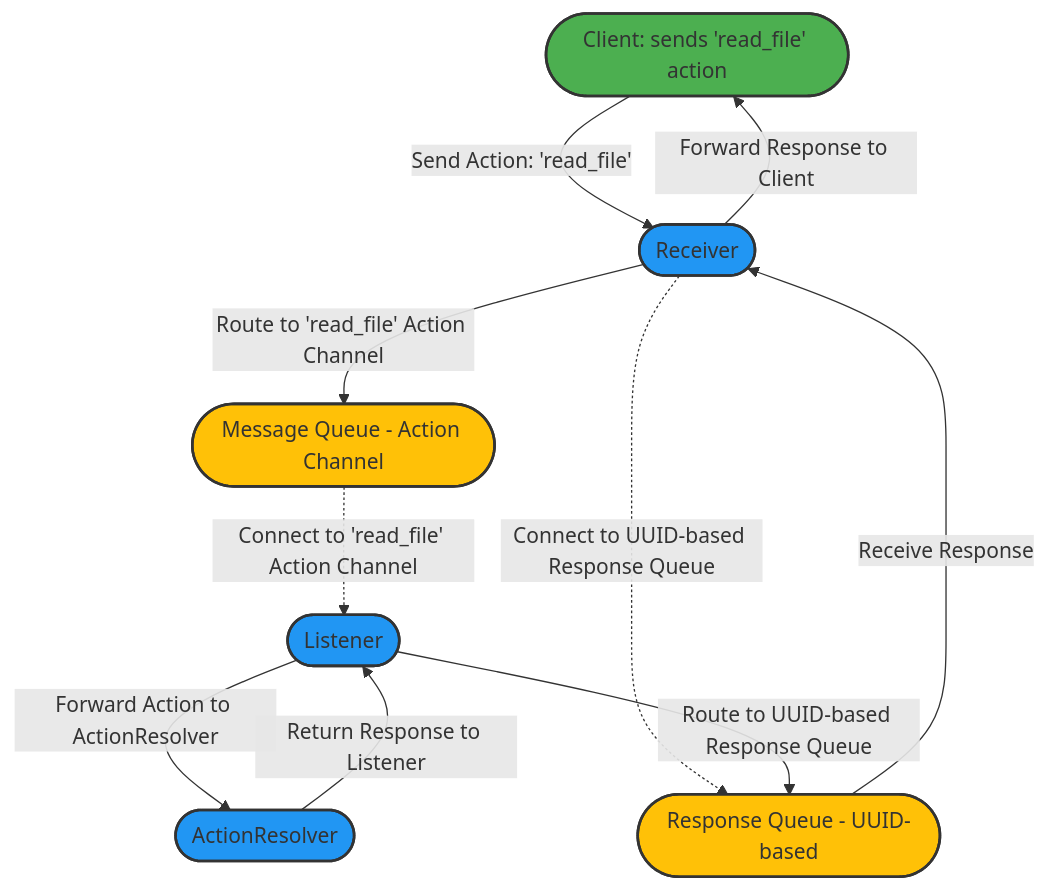
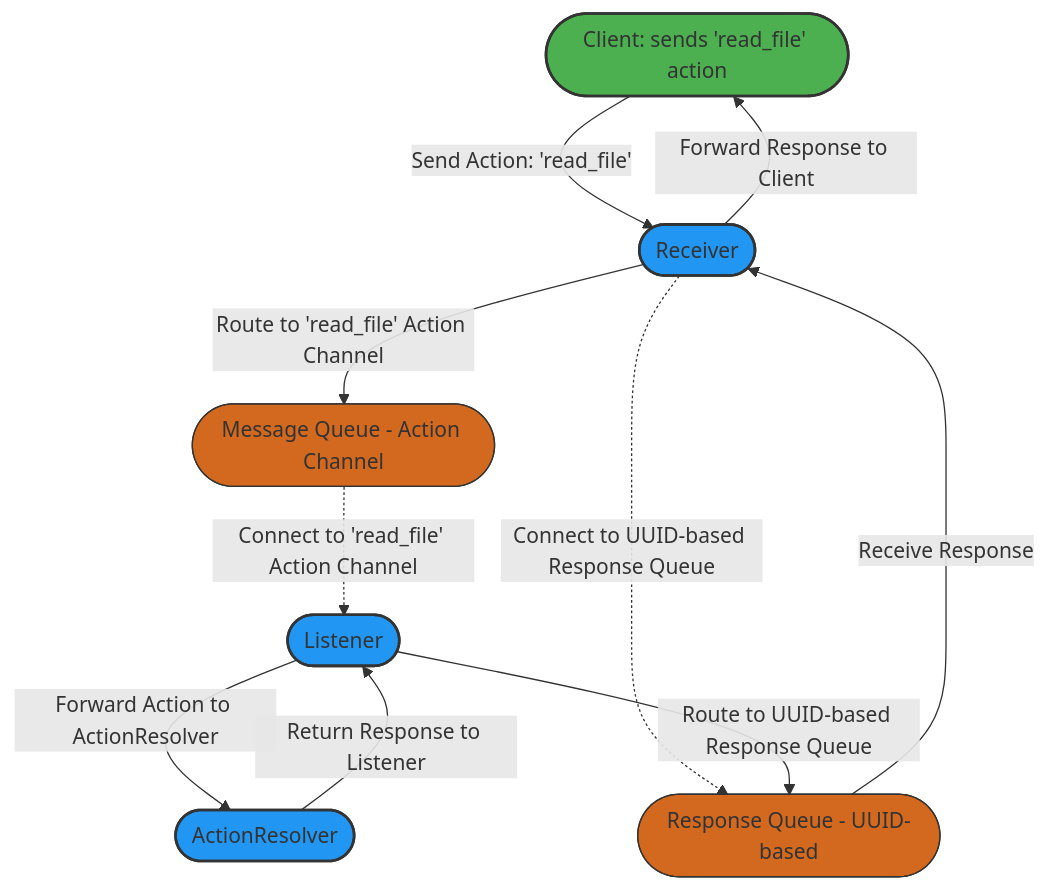
Before and after one commit to wabee-ai/agenet: the diagram in README.md, drawn with Mermaid.

Commit message:
Update queue style to a darker brown-orange for better contrast
Adjusted the queue style definition to use a darker shade of brown-orange, enhancing visual contrast in the flowchart.

````diff
--- a/README.md
+++ b/README.md
@@ -54,39 +54,39 @@
 ```mermaid
 flowchart TB
     %% Define nodes
     Client([Client: sends 'read_file' action]):::client
     Receiver([Receiver]):::component
     Listener([Listener]):::component
     ActionResolver([ActionResolver]):::component
     
     %% Define queues
     MessageQueue([Message Queue - Action Channel]):::queue
     ResponseQueue([Response Queue - UUID-based]):::queue
 
     %% Define edges with labels
     Client -->|Send Action: 'read_file'| Receiver
     Receiver -->|Route to 'read_file' Action Channel| MessageQueue
     
     %% Connections instead of sending arrows for persistent listening connections
     Receiver -.->|Connect to UUID-based Response Queue| ResponseQueue
     MessageQueue -.->|Connect to 'read_file' Action Channel| Listener
     
     Listener -->|Forward Action to ActionResolver| ActionResolver
     ActionResolver -->|Return Response to Listener| Listener
     Listener -->|Route to UUID-based Response Queue| ResponseQueue
     ResponseQueue -->|Receive Response| Receiver
     Receiver -->|Forward Response to Client| Client
 
     %% Style definitions
     classDef client fill:#4CAF50,stroke:#333,stroke-width:2px;
     classDef component fill:#2196F3,stroke:#333,stroke-width:2px;
-    classDef queue fill:#FFC107,stroke:#333,stroke-width:2px;
+    classDef queue fill:#D2691E,stroke:#333,stroke-width:2px;  %% Darker brown-orange for better contrast
     
     %% Apply styles to individual elements
     class Client client;
     class Receiver component;
     class Listener component;
     class ActionResolver component;
     class MessageQueue queue;
     class ResponseQueue queue;
 ```
````
